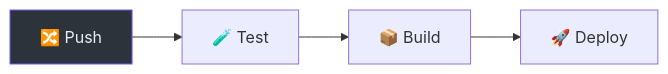
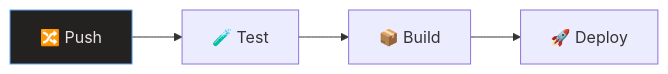
Before and after one commit to relukdev/doc-kit: the second of 3 diagrams in skills/tech-docs.md, drawn with Mermaid. The commit also changed other lines of this file and 125 other files, not shown here.

````diff
--- a/skills/tech-docs.md
+++ b/skills/tech-docs.md
@@ -227,7 +227,7 @@
 ```mermaid
 graph LR
-    style A fill:#2d333b,stroke:#6d5dfc,color:#e6edf3
+    style A fill:#232221,stroke:#60A5FA,color:#E8E5DF
     A["🔀 Push"] --> B["🧪 Test"]
     B --> C["📦 Build"]
     C --> D["🚀 Deploy"]
 ```
````
